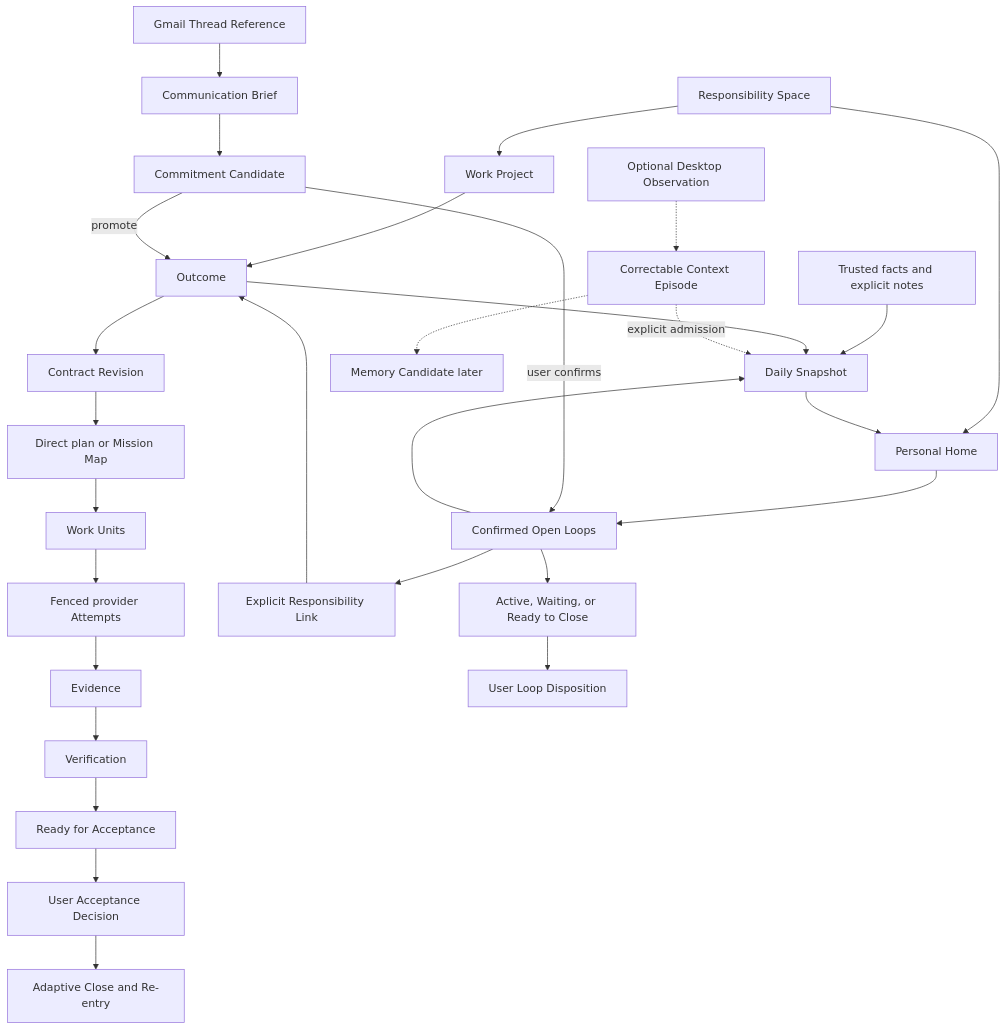
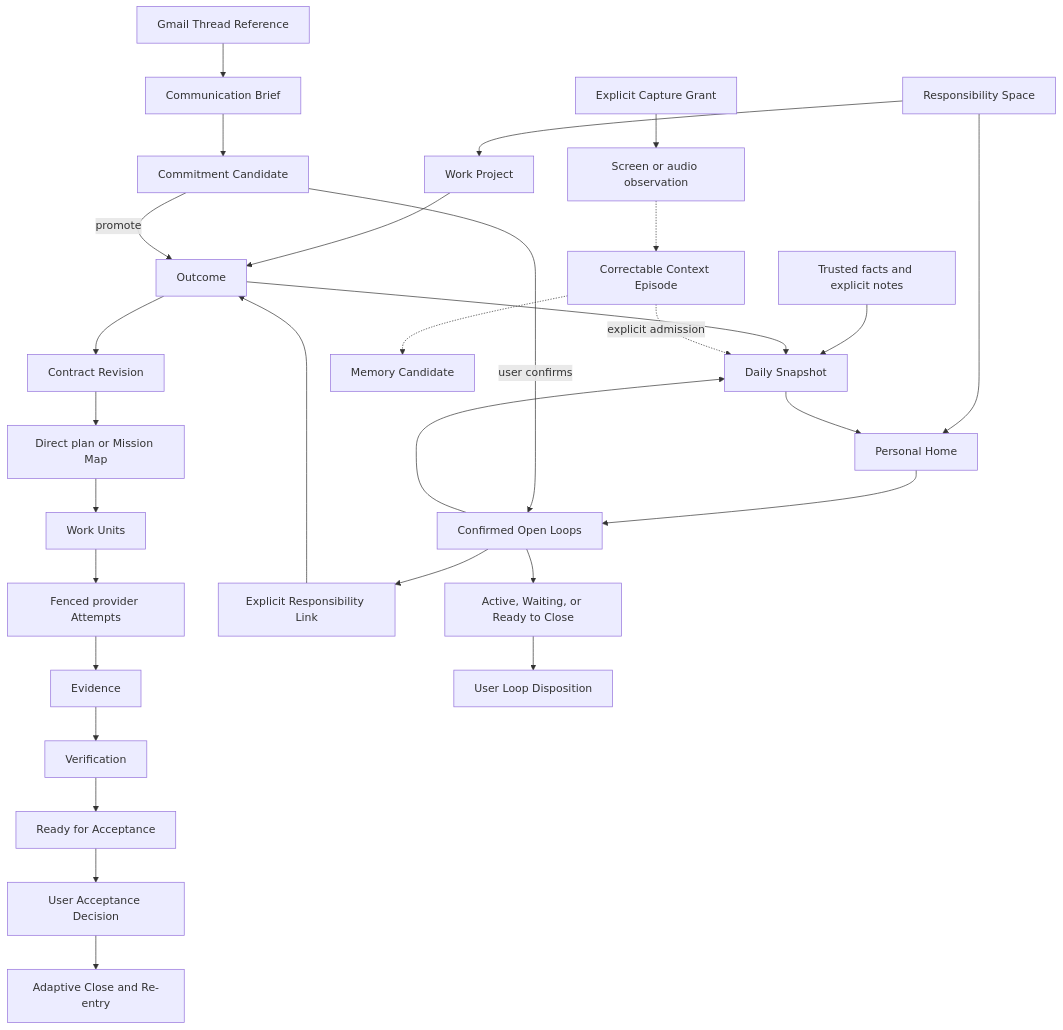
Before and after one commit to Pin4sf/Waldo-Kennel: the first of 2 diagrams in docs/product/kennel-v1-team-review-packet.md, drawn with Mermaid. The commit also changed other lines of this file and 17 other files, not shown here.

Commit message:
docs: approve parallel Home and Personal Agent architecture

````diff
--- a/docs/product/kennel-v1-team-review-packet.md
+++ b/docs/product/kennel-v1-team-review-packet.md
@@ -132,35 +139,36 @@
 ```mermaid
 flowchart TD
   S["Responsibility Space"] --> P["Work Project"]
   S --> H["Personal Home"]
 
   P --> O["Outcome"]
   O --> C["Contract Revision"]
   C --> M["Direct plan or Mission Map"]
   M --> W["Work Units"]
   W --> A["Fenced provider Attempts"]
   A --> E["Evidence"]
   E --> V["Verification"]
   V --> RA["Ready for Acceptance"]
   RA --> AD["User Acceptance Decision"]
   AD --> AC["Adaptive Close and Re-entry"]
 
   H --> OL["Confirmed Open Loops"]
   OL --> RL["Explicit Responsibility Link"]
   RL --> O
   G["Gmail Thread Reference"] --> CB["Communication Brief"]
   CB --> CC["Commitment Candidate"]
   CC -->|"user confirms"| OL
   CC -->|"promote"| O
   OL --> WA["Active, Waiting, or Ready to Close"]
   WA --> LD["User Loop Disposition"]
 
   TF["Trusted facts and explicit notes"] --> DS["Daily Snapshot"]
   OL --> DS
   O --> DS
   DS --> H
 
-  DO["Optional Desktop Observation"] -.-> CE["Correctable Context Episode"]
+  CG["Explicit Capture Grant"] --> DO["Screen or audio observation"]
+  DO -.-> CE["Correctable Context Episode"]
   CE -.->|"explicit admission"| DS
-  CE -.-> MC["Memory Candidate later"]
+  CE -.-> MC["Memory Candidate"]
 ```
````
